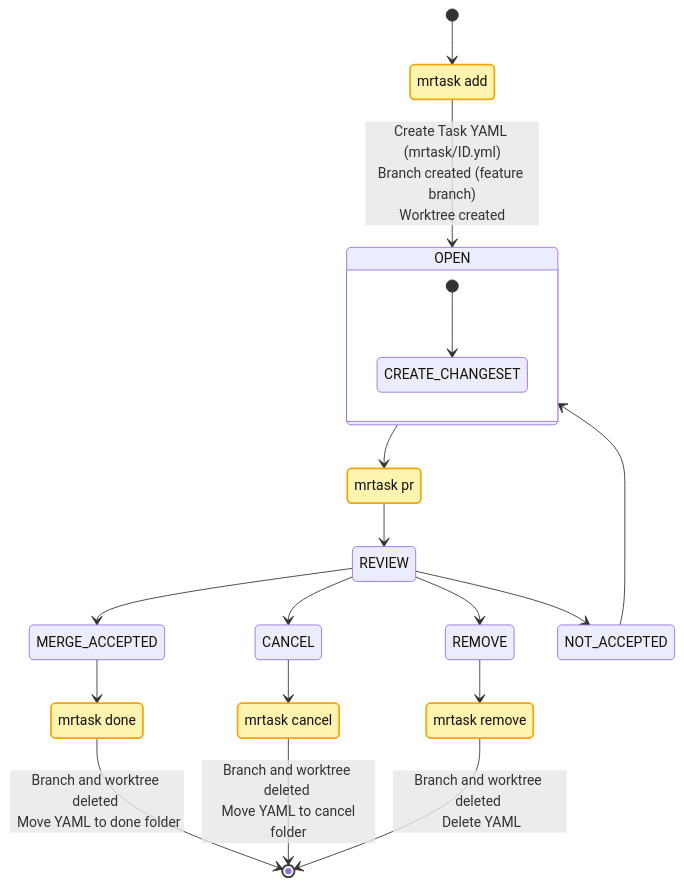
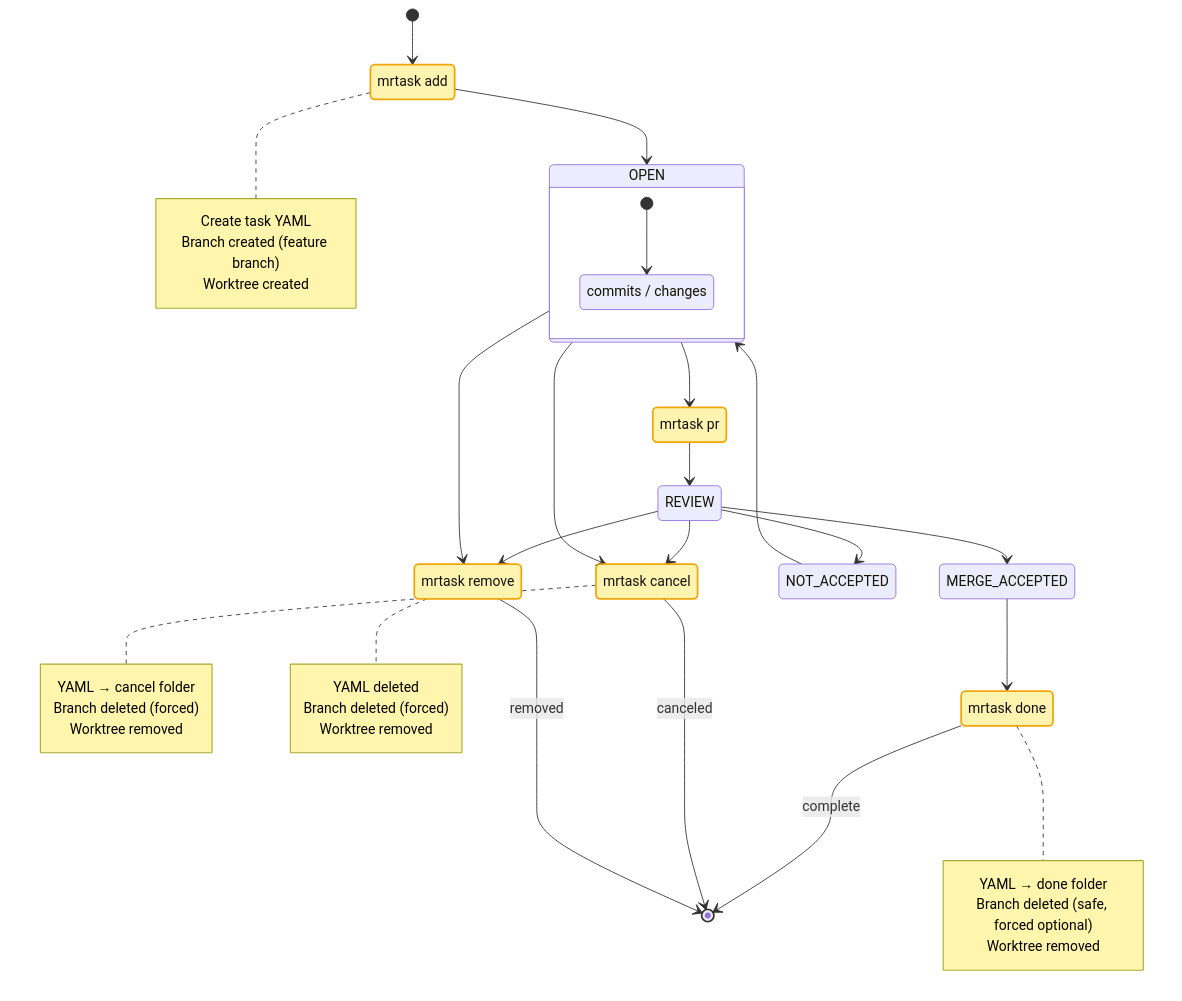
The first of 6 diagrams in README.md (kubohiroya/mrtask), drawn with Mermaid before and after one commit.

Commit message:
feat: enhance branch handling and add options for task lifecycle commands
- Added options for controlling branch deletion in `done`, `cancel`, and `remove` commands (`--keep-branch`, `--force-delete-branch`, `--delete-remote`, `--remote`).
- Improved default behavior for branch deletion (safe delete for `done`, forced delete for `cancel` and `remove`).
- Updated `done` and `remove` commands to provide clearer output on worktree and branch removal status.
- Enhanced tests to reflect the new options and behavior.
- Revised README with detailed documentation of updated commands and usage flows.
- Bumped package version to 0.6.2.

````diff
--- a/README.md
+++ b/README.md
@@ -31,38 +31,66 @@
 ```mermaid
 stateDiagram-v2
     classDef cmd fill:#FFF3B0,stroke:#F2A50C,stroke-width:2px,color:#111
 
     [*] --> CMD_ADD
     CMD_ADD: mrtask add
     class CMD_ADD cmd
-    CMD_ADD --> OPEN: Create Task YAML (mrtask/ID.yml)<br/>Branch created (feature branch)<br/>Worktree created
+
+    CMD_ADD --> OPEN
     state OPEN {
-      [*] --> CREATE_CHANGESET
+        [*] --> CODE_CHANGES
+        CODE_CHANGES: commits / changes
     }
 
     OPEN --> CMD_PR
     CMD_PR: mrtask pr
     class CMD_PR cmd
+
+    OPEN --> CMD_CANCEL
+    OPEN --> CMD_REMOVE
+
+    NOT_ACCEPTED --> OPEN
+    REVIEW --> CMD_CANCEL
+    REVIEW --> CMD_REMOVE
+
     CMD_PR --> REVIEW
     REVIEW --> MERGE_ACCEPTED
-    REVIEW --> CANCEL
-    REVIEW --> REMOVE
     REVIEW --> NOT_ACCEPTED
-    NOT_ACCEPTED --> OPEN
+
     MERGE_ACCEPTED --> CMD_DONE
-    CANCEL --> CMD_CANCEL
-    REMOVE --> CMD_REMOVE
-
     CMD_DONE: mrtask done
     class CMD_DONE cmd
-    CMD_DONE --> [*]: Branch and worktree deleted <br/> Move YAML to done folder
-    
+
     CMD_CANCEL: mrtask cancel
     class CMD_CANCEL cmd
-    CMD_CANCEL --> [*]: Branch and worktree deleted <br/> Move YAML to cancel folder
-
     CMD_REMOVE: mrtask remove
     class CMD_REMOVE cmd
-    CMD_REMOVE --> [*]: Branch and worktree deleted <br/> Delete YAML 
 
-```
+    CMD_DONE --> [*]: complete
+    CMD_CANCEL --> [*]: canceled
+    CMD_REMOVE --> [*]: removed
+    
+    note right of CMD_ADD
+        Create task YAML
+        Branch created (feature branch)
+        Worktree created
+    end note
+
+    note right of CMD_DONE
+        YAML → done folder
+        Branch deleted (safe, forced optional)
+        Worktree removed
+    end note
+
+    note right of CMD_CANCEL
+        YAML → cancel folder
+        Branch deleted (forced)
+        Worktree removed
+    end note
+
+    note right of CMD_REMOVE
+        YAML deleted
+        Branch deleted (forced)
+        Worktree removed
+    end note
+ ```
````
